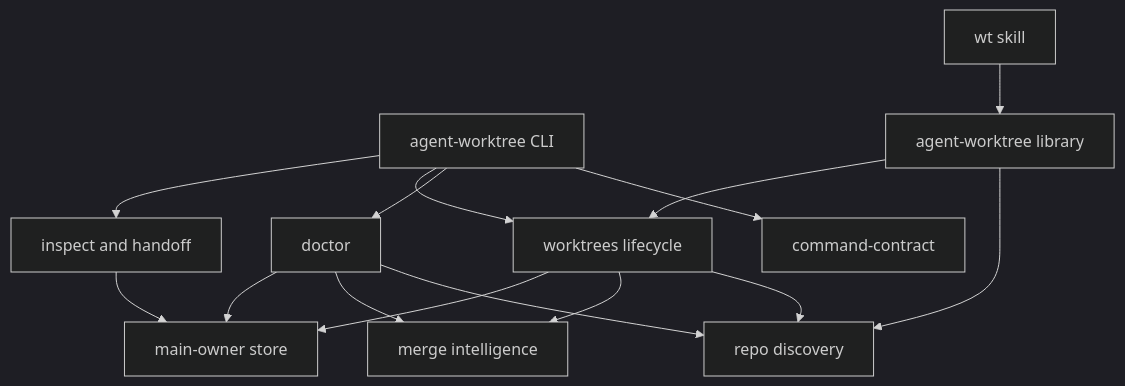
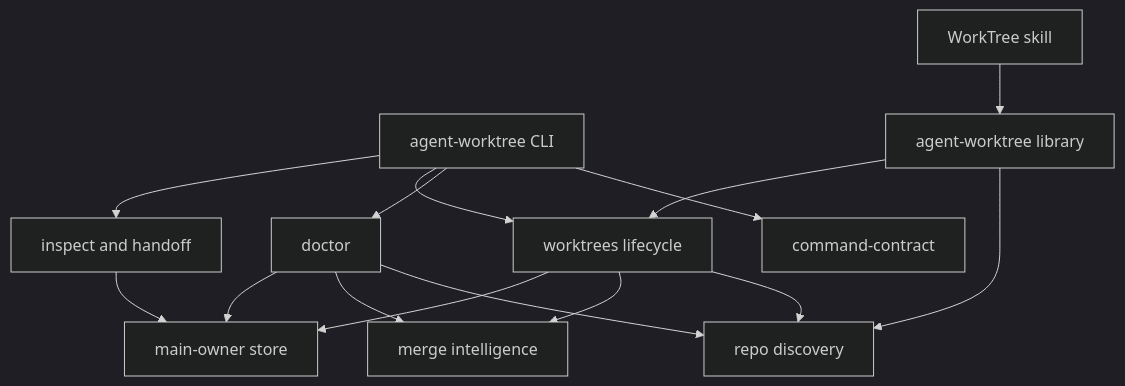
The first of 2 diagrams in docs/plans/2026-06-14-002-feat-agent-worktree-crud-v1-plan.md (nathanvale/claude-code-config), drawn with Mermaid (dark theme) before and after one commit. The commit also changed other lines of this file and 49 other files, not shown here.

Commit message:
Rename wt workflow to WorkTree

````diff
--- a/docs/plans/2026-06-14-002-feat-agent-worktree-crud-v1-plan.md
+++ b/docs/plans/2026-06-14-002-feat-agent-worktree-crud-v1-plan.md
@@ -115,17 +115,17 @@
 ```mermaid
 flowchart TB
   CLI["agent-worktree CLI"] --> Contract["command-contract"]
   CLI --> Doctor["doctor"]
   CLI --> Lifecycle["worktrees lifecycle"]
   CLI --> Inspect["inspect and handoff"]
   Doctor --> Discovery["repo discovery"]
   Doctor --> Merge["merge intelligence"]
   Doctor --> Store["main-owner store"]
   Lifecycle --> Discovery
   Lifecycle --> Merge
   Lifecycle --> Store
   Inspect --> Store
-  WT["wt skill"] --> Runtime["agent-worktree library"]
+  WorkTree["WorkTree skill"] --> Runtime["agent-worktree library"]
   Runtime --> Discovery
   Runtime --> Lifecycle
 ```
````
